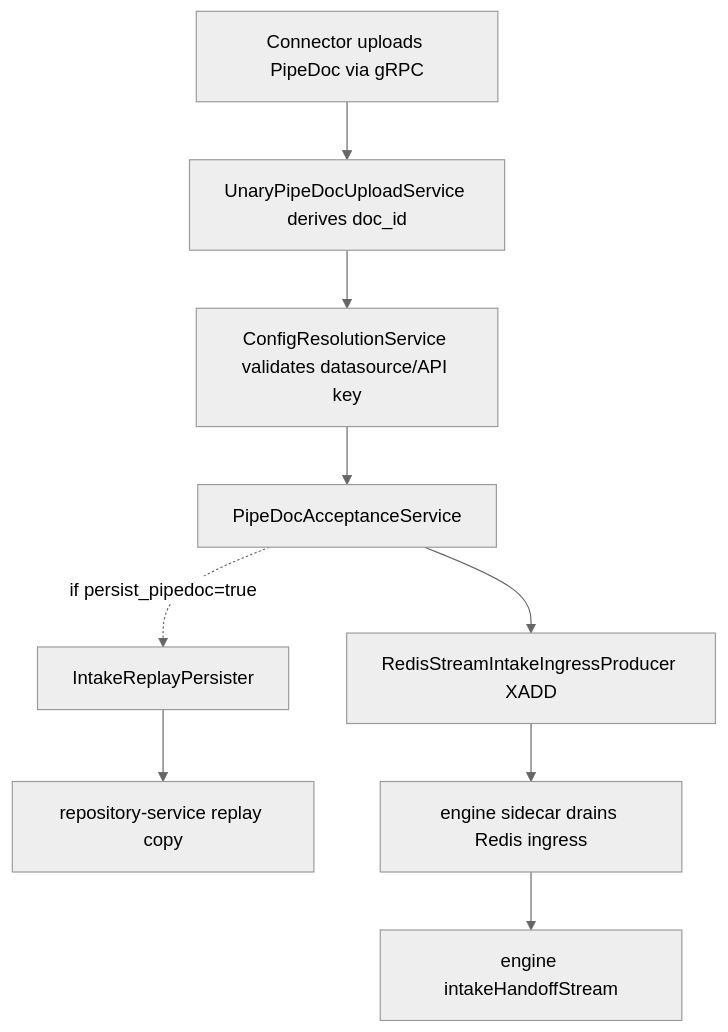
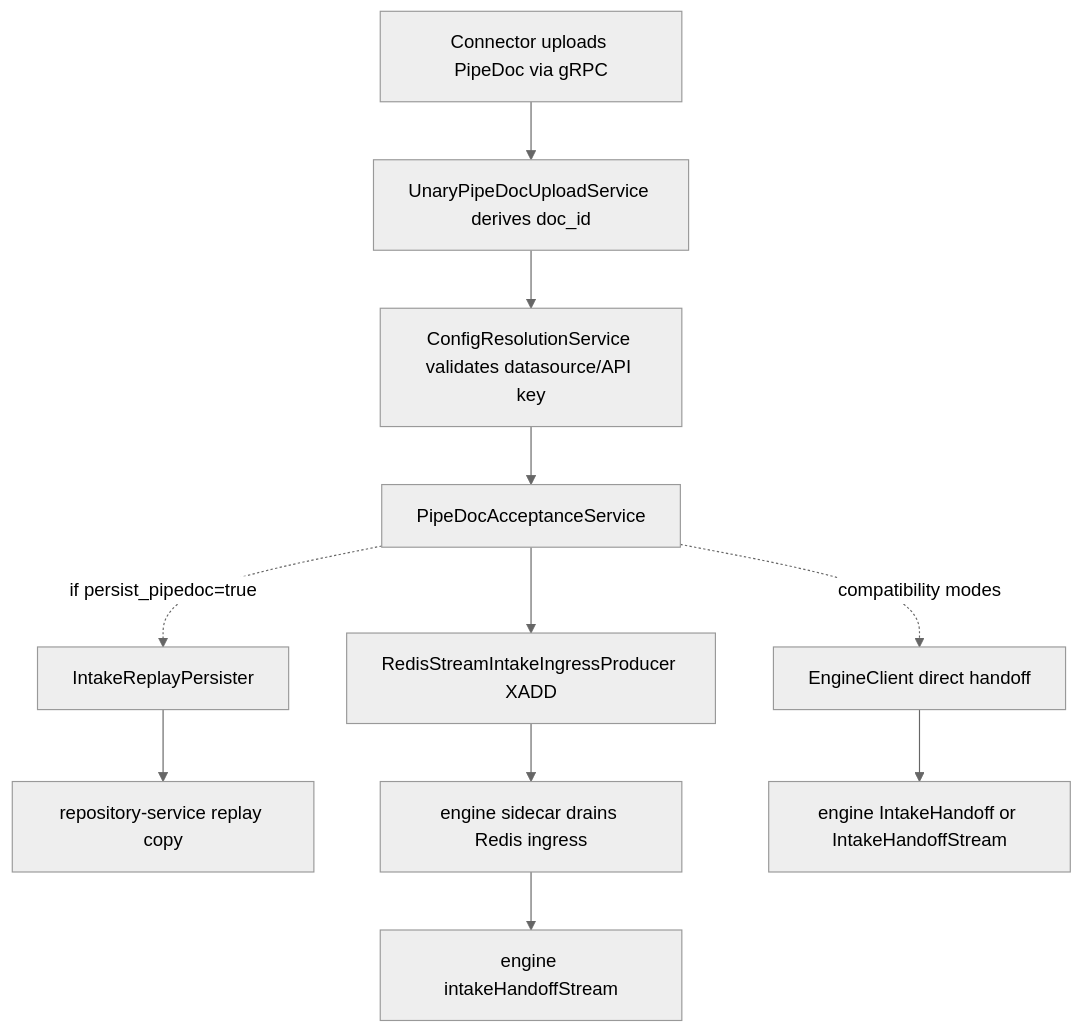
One commit to ai-pipestream/connector-intake-service changed the fourth of 6 diagrams in docs/architecture-c4.md. Above: the diagram before and after it, drawn with Mermaid (neutral theme). The commit also changed other lines of this file and 17 other files, not shown here.

First line of the commit message:
feat(intake): add inline handoff compatibility mode

````diff
--- a/docs/architecture-c4.md
+++ b/docs/architecture-c4.md
@@ -178,11 +178,13 @@
 ```mermaid
 flowchart TD
     A[Connector uploads PipeDoc via gRPC] --> B[UnaryPipeDocUploadService derives doc_id]
     B --> C[ConfigResolutionService validates datasource/API key]
     C --> D[PipeDocAcceptanceService]
     D --> E[RedisStreamIntakeIngressProducer XADD]
     D -. if persist_pipedoc=true .-> F[IntakeReplayPersister]
     F --> G[repository-service replay copy]
     E --> H[engine sidecar drains Redis ingress]
     H --> I[engine intakeHandoffStream]
+    D -. compatibility modes .-> J[EngineClient direct handoff]
+    J --> K[engine IntakeHandoff or IntakeHandoffStream]
 ```
````
